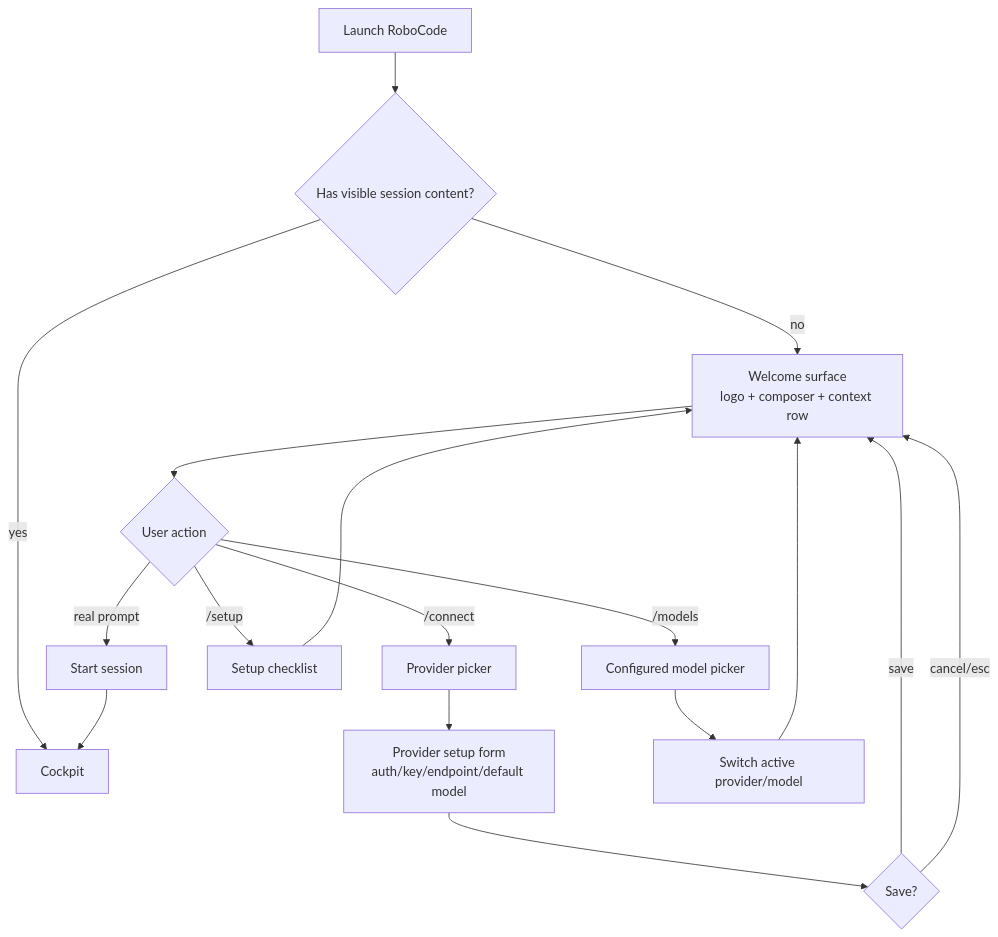
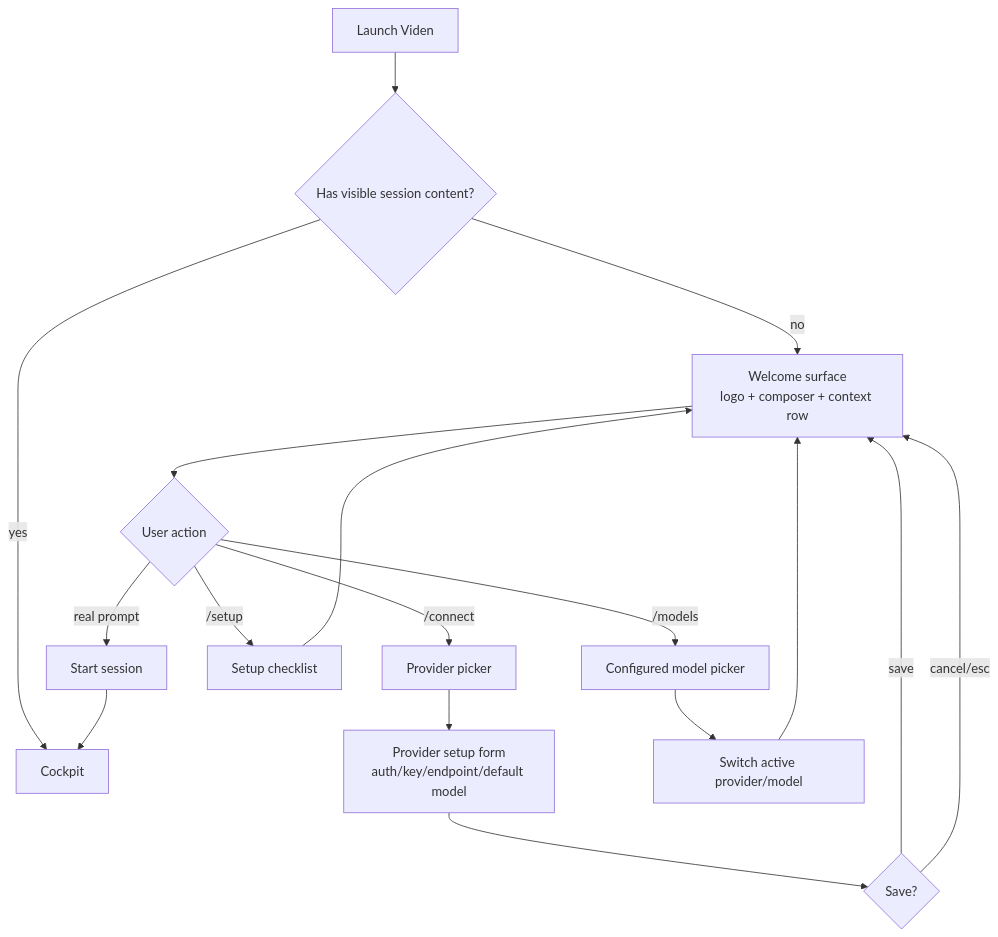
Before and after one commit to wikieden/robocode: the fourth of 10 diagrams in docs/tui-interaction-flow-design.md, drawn with Mermaid. The commit also changed other lines of this file and 340 other files, not shown here.

````diff
--- a/docs/tui-interaction-flow-design.md
+++ b/docs/tui-interaction-flow-design.md
@@ -142,22 +142,22 @@
 ```mermaid
 flowchart TD
-    A["Launch RoboCode"] --> B{"Has visible session content?"}
+    A["Launch Viden"] --> B{"Has visible session content?"}
     B -->|no| C["Welcome surface<br/>logo + composer + context row"]
     B -->|yes| D["Cockpit"]
 
     C --> E{"User action"}
     E -->|/connect| F["Provider picker"]
     E -->|/models| G["Configured model picker"]
     E -->|/setup| H["Setup checklist"]
     E -->|real prompt| I["Start session"]
 
     F --> J["Provider setup form<br/>auth/key/endpoint/default model"]
     J --> K{"Save?"}
     K -->|save| C
     K -->|cancel/esc| C
 
     G --> L["Switch active provider/model"]
     L --> C
     H --> C
     I --> D
 ```
````
